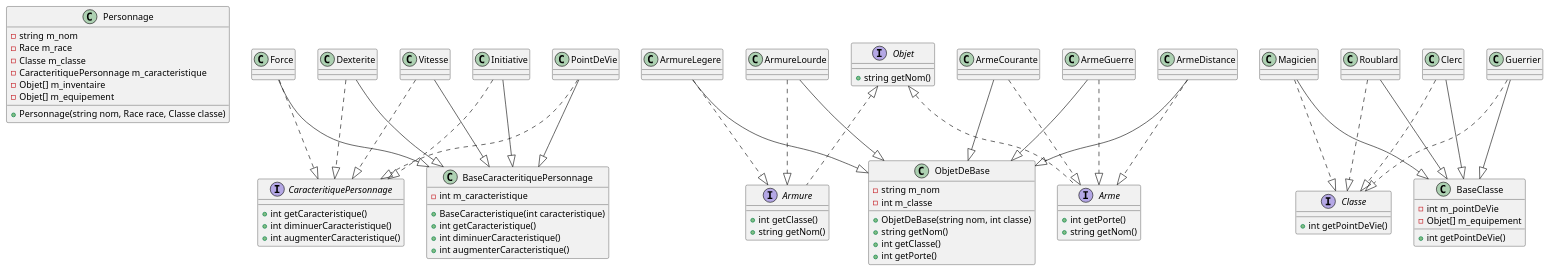
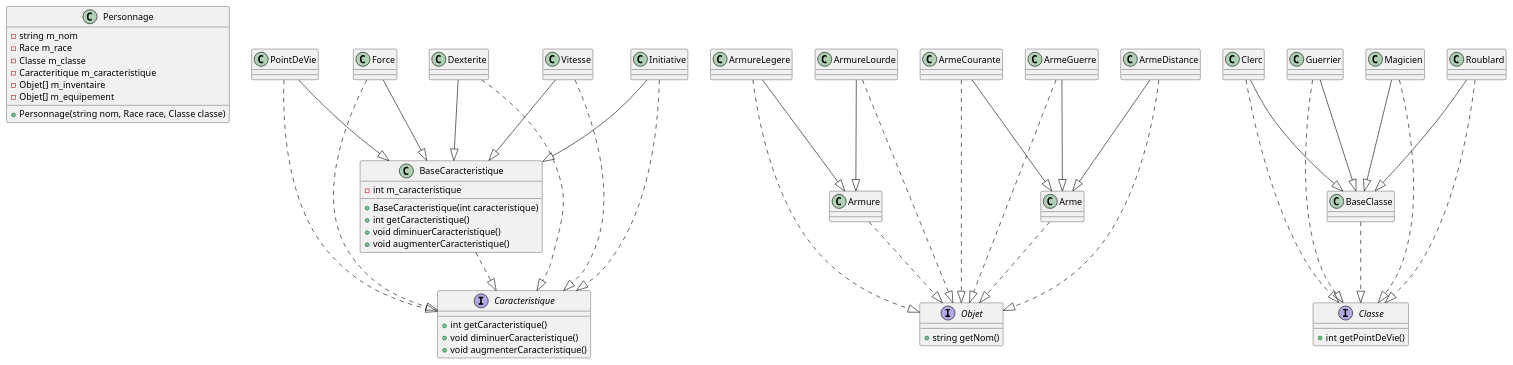
Before and after one commit to PanDox42/Donjons-et-Dragons: the diagram in uml/DED.puml, drawn with PlantUML.

Commit message:
DELETE BAD COMMIT

```diff
--- a/uml/DED.puml
+++ b/uml/DED.puml
@@ -1,124 +1,102 @@
 @startuml
 'https://plantuml.com/class-diagram
 
 class Personnage {
   - string m_nom
   - Race m_race
   - Classe m_classe
-  - CaracteritiquePersonnage m_caracteristique
+  - Caracteritique m_caracteristique
   - Objet[] m_inventaire
   - Objet[] m_equipement
   + Personnage(string nom, Race race, Classe classe)
 }
 
-interface CaracteritiquePersonnage {
+interface Caracteristique {
   + int getCaracteristique()
-  + int diminuerCaracteristique()
-  + int augmenterCaracteristique()
+  + void diminuerCaracteristique()
+  + void augmenterCaracteristique()
 }
 
-class BaseCaracteritiquePersonnage {
+class BaseCaracteristique {
   - int m_caracteristique
   + BaseCaracteristique(int caracteristique)
   + int getCaracteristique()
-  + int diminuerCaracteristique()
-  + int augmenterCaracteristique()
+  + void diminuerCaracteristique()
+  + void augmenterCaracteristique()
 }
 
 class PointDeVie
 class Force
 class Dexterite
 class Vitesse
 class Initiative
 
-PointDeVie --|> BaseCaracteritiquePersonnage
-PointDeVie ..|> CaracteritiquePersonnage
+PointDeVie --|> BaseCaracteristique
+Force --|> BaseCaracteristique
+Dexterite --|> BaseCaracteristique
+Vitesse --|> BaseCaracteristique
+Initiative --|> BaseCaracteristique
 
-Force --|> BaseCaracteritiquePersonnage
-Force ..|> CaracteritiquePersonnage
+PointDeVie ..|> Caracteristique
+Force ..|> Caracteristique
+Dexterite ..|> Caracteristique
+Vitesse ..|> Caracteristique
+Initiative ..|> Caracteristique
 
-Dexterite --|> BaseCaracteritiquePersonnage
-Dexterite ..|> CaracteritiquePersonnage
-
-Vitesse --|> BaseCaracteritiquePersonnage
-Vitesse ..|> CaracteritiquePersonnage
-
-Initiative --|> BaseCaracteritiquePersonnage
-Initiative ..|> CaracteritiquePersonnage
+BaseCaracteristique ..|> Caracteristique
 
 interface Objet {
   + string getNom()
 }
 
-interface Armure {
-  + int getClasse()
-  + string getNom()
+class Armure {
 }
 
-interface Arme {
-  + int getPorte()
-  + string getNom()
+class Arme {
 }
 
-Objet <|.. Armure
-Objet <|.. Arme
-
-class ObjetDeBase {
-  - string m_nom
-  - int m_classe
-  + ObjetDeBase(string nom, int classe)
-  + string getNom()
-  + int getClasse()
-  + int getPorte()
-}
+Armure ..|> Objet
+Arme ..|> Objet
 
 class ArmureLegere
 class ArmureLourde
 class ArmeCourante
 class ArmeGuerre
 class ArmeDistance
 
-ArmureLegere --|> ObjetDeBase
-ArmureLegere ..|> Armure
-
-ArmureLourde --|> ObjetDeBase
-ArmureLourde ..|> Armure
-
-ArmeCourante --|> ObjetDeBase
-ArmeCourante ..|> Arme
-
-ArmeGuerre --|> ObjetDeBase
-ArmeGuerre ..|> Arme
-
-ArmeDistance --|> ObjetDeBase
-ArmeDistance ..|> Arme
+ArmureLegere --|> Armure
+ArmureLegere ..|> Objet
+ArmureLourde --|> Armure
+ArmureLourde ..|> Objet
+ArmeCourante --|> Arme
+ArmeCourante ..|> Objet
+ArmeGuerre --|> Arme
+ArmeGuerre ..|> Objet
+ArmeDistance --|> Arme
+ArmeDistance ..|> Objet
 
 interface Classe {
-  + int getPointDeVie()
-}
-
-class BaseClasse {
-  - int m_pointDeVie
-  - Objet[] m_equipement
   + int getPointDeVie()
 }
 
 class Clerc
 class Guerrier
 class Magicien
 class Roublard
+
+BaseClasse ..|> Classe
 
 Clerc --|> BaseClasse
 Clerc ..|> Classe
 
 Guerrier --|> BaseClasse
 Guerrier ..|> Classe
 
 Magicien --|> BaseClasse
 Magicien ..|> Classe
 
 Roublard --|> BaseClasse
 Roublard ..|> Classe
 
 
 @enduml
```
